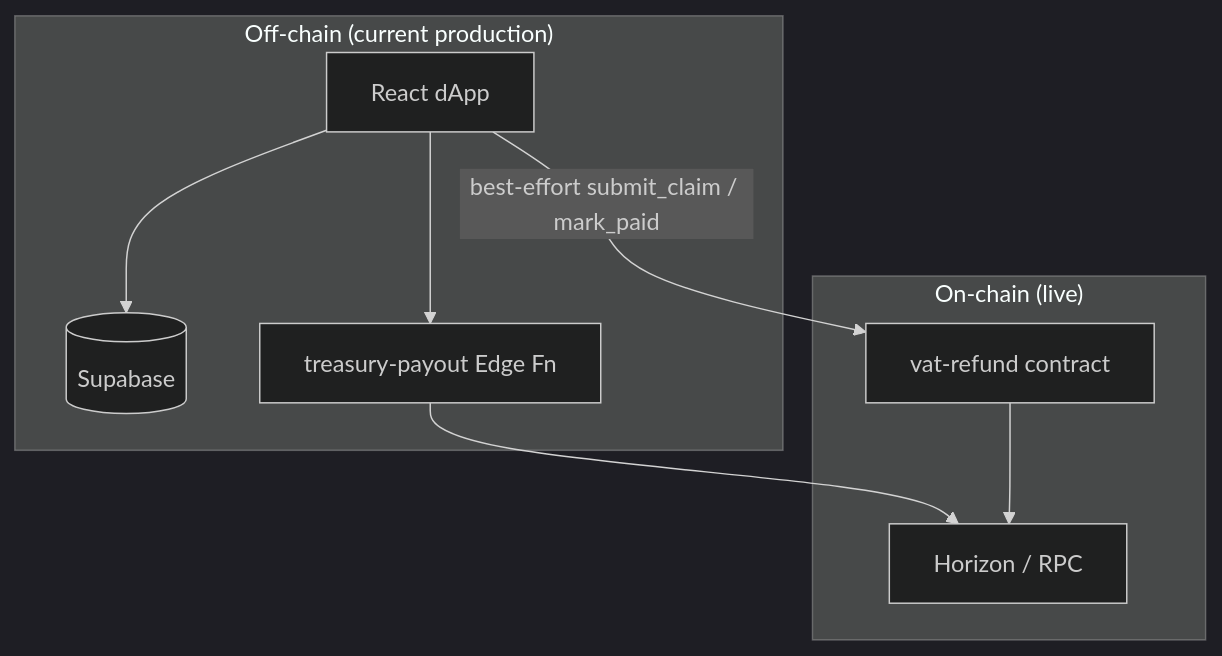
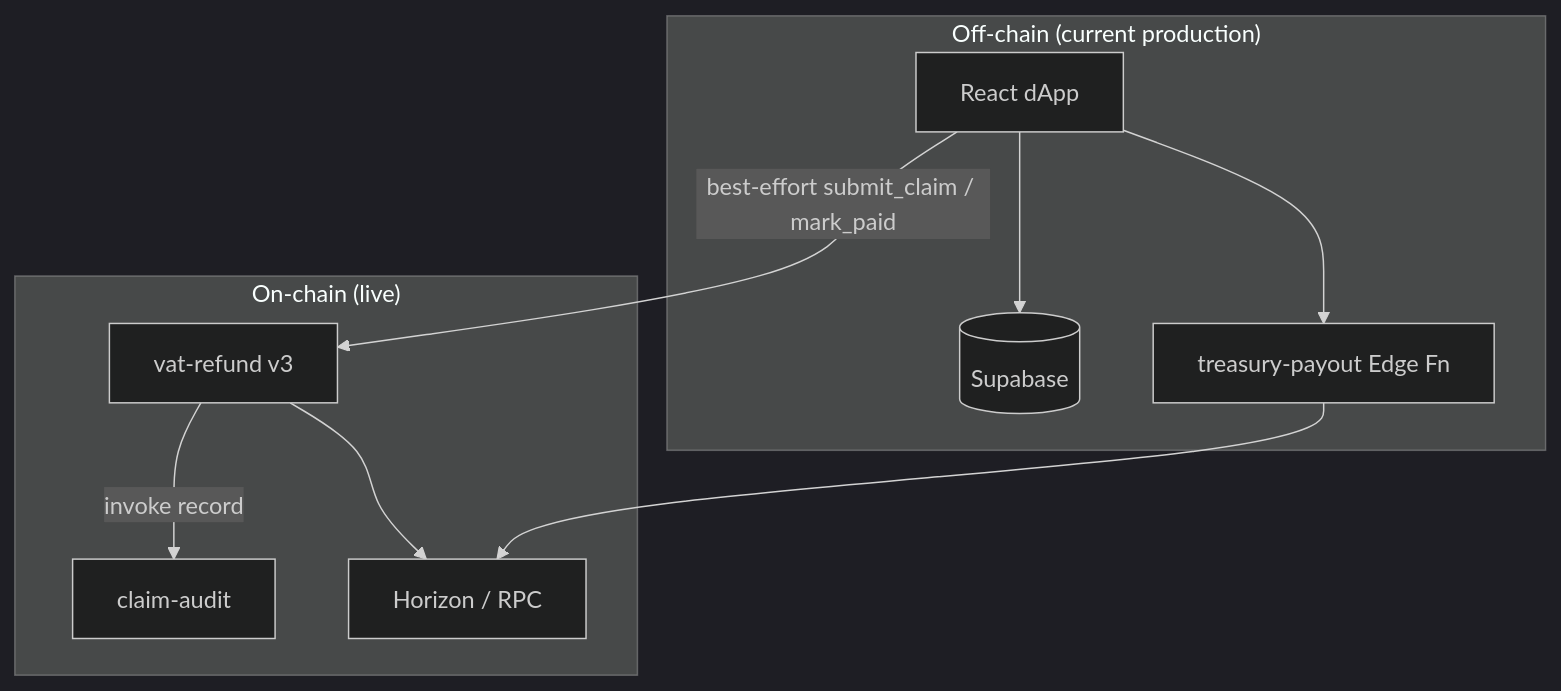
One commit to AmaanSayyad/Gemetra-XLM changed the first of 4 diagrams in contracts/README.md. Above: the diagram before and after it, drawn with Mermaid (dark theme). The commit also changed other lines of this file and 31 other files, not shown here.

First line of the commit message:
feat: add claim-audit invoke, event feed, and CI for Stellar L3

````diff
--- a/contracts/README.md
+++ b/contracts/README.md
@@ -9,17 +9,19 @@
 ```mermaid
 flowchart TB
     subgraph OffChain["Off-chain (current production)"]
         App[React dApp]
         SB[(Supabase)]
         EF[treasury-payout Edge Fn]
     end
     subgraph OnChain["On-chain (live)"]
-        SC[vat-refund contract]
+        SC[vat-refund v3]
+        AUD[claim-audit]
         H[Horizon / RPC]
     end
     App --> SB
     App --> EF
     EF --> H
     App -->|best-effort submit_claim / mark_paid| SC
+    SC -->|invoke record| AUD
     SC --> H
 ```
````
